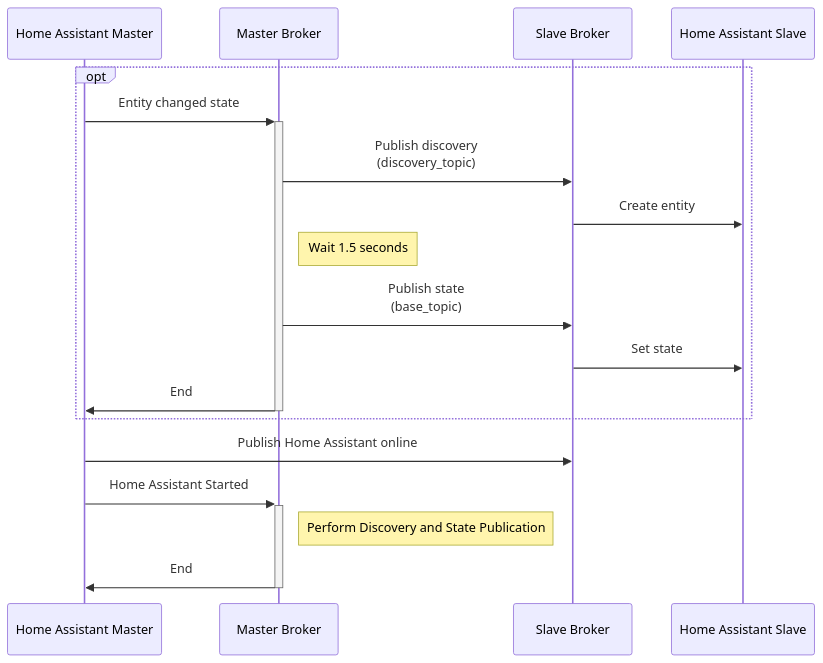
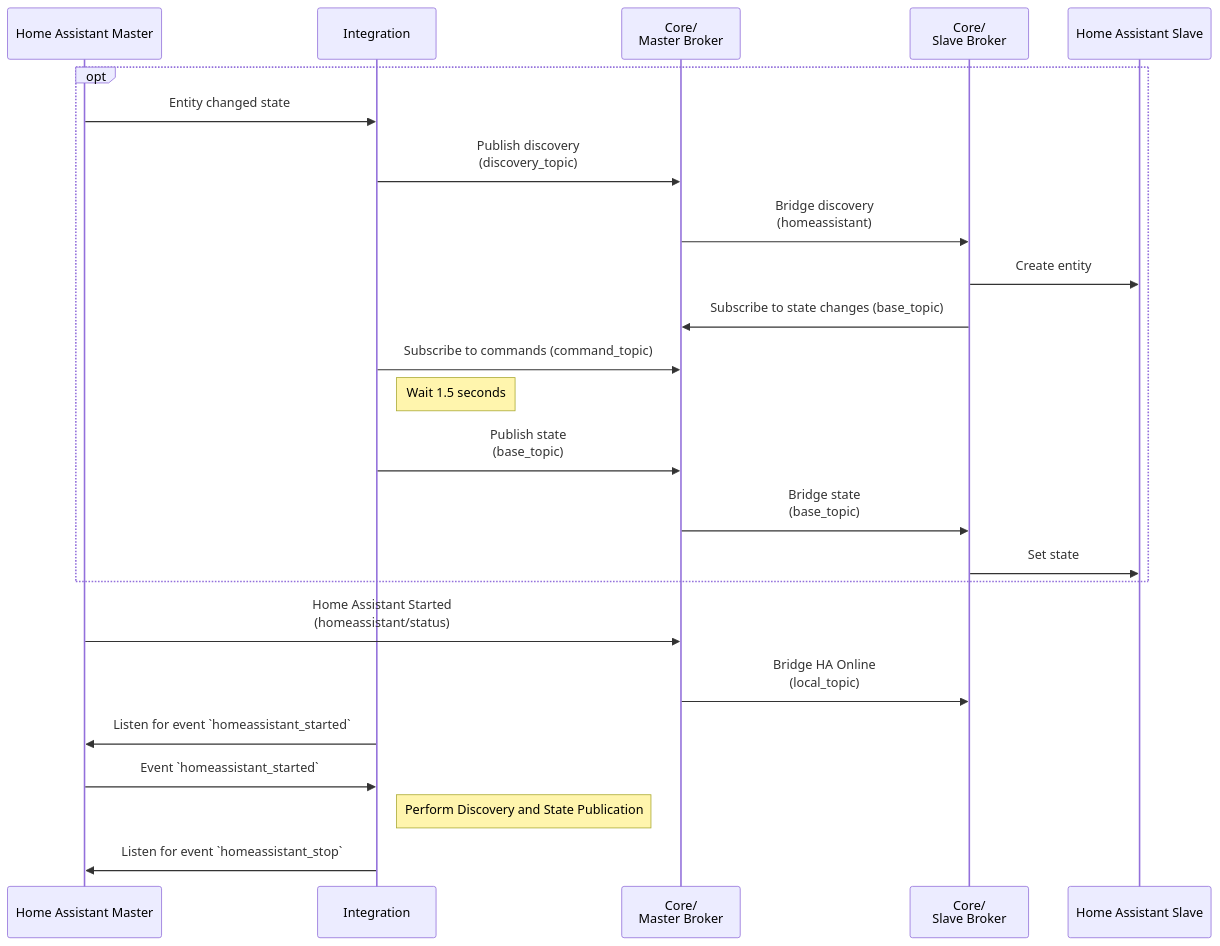
One commit to RogerSelwyn/mqtt_discoverystream_ha changed the first of 4 diagrams in README.md. Above: the diagram before and after it, drawn with Mermaid. The commit also changed other lines of this file, not shown here.

Commit message:
doc: Updated Mermaid diagrams with more detail

````diff
--- a/README.md
+++ b/README.md
@@ -133,20 +133,27 @@
 ```mermaid
 sequenceDiagram
 participant H as Home Assistant Master
-participant M as Master Broker
-participant S as Slave Broker
+participant I as Integration
+participant M as Core/<br/>Master Broker
+participant S as Core/<br/>Slave Broker
 participant R as Home Assistant Slave
 opt
-  H->>+M: Entity changed state
-  M->>S: Publish discovery<br/>(discovery_topic)
+  H->>I: Entity changed state
+  I->>M: Publish discovery<br/>(discovery_topic)
+  M->>S: Bridge discovery<br/>(homeassistant)
   S->>R: Create entity
-note right of M: Wait 1.5 seconds
-  M->>S: Publish state<br/>(base_topic)
+  S->>M: Subscribe to state changes (base_topic)
+  I->>M: Subscribe to commands (command_topic)
+note right of I: Wait 1.5 seconds
+  I->>M: Publish state<br/>(base_topic)
+  M->>S: Bridge state<br/>(base_topic)
   S->>R: Set state
-  M->>-H: End
+
 end
-H->>S: Publish Home Assistant online
-H->>+M: Home Assistant Started
-note right of M: Perform Discovery and State Publication
-M->>-H: End
+H->>M: Home Assistant Started<br/>(homeassistant/status)
+M->>S: Bridge HA Online<br/>(local_topic)
+I->>H: Listen for event `homeassistant_started`
+H->>I: Event `homeassistant_started`
+note right of I: Perform Discovery and State Publication
+I->>H: Listen for event `homeassistant_stop`
 ```
````
